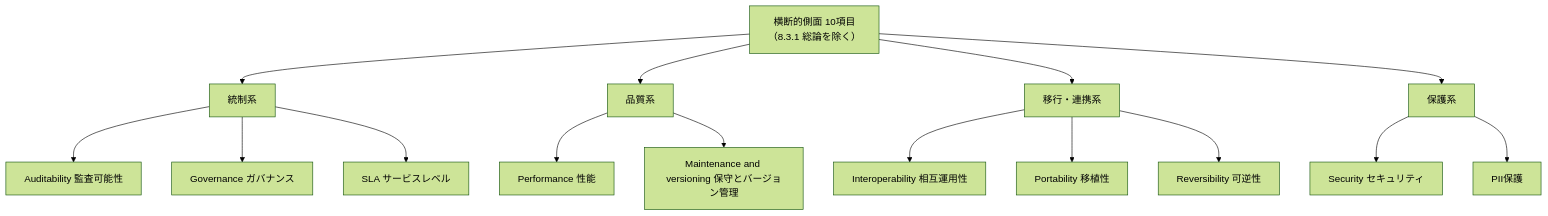
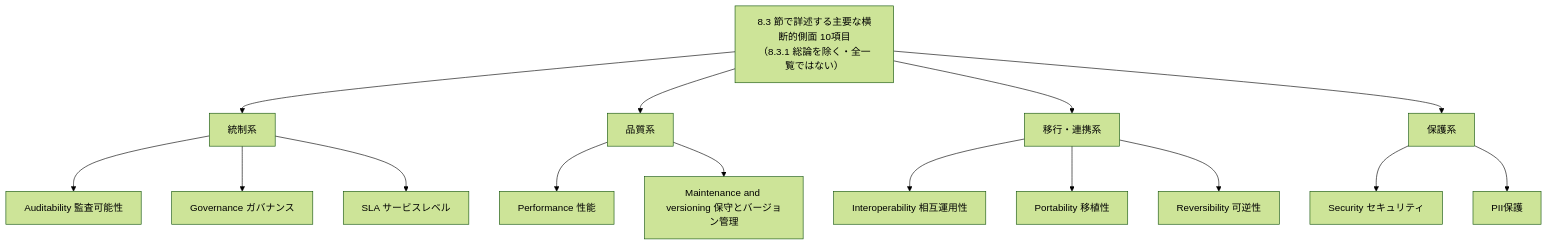
The eighth of 20 diagrams in Iso-iec-22123-3-2023-guide.md (myoshi2891/Cloud-Infrastructure-and-Network-Studies), drawn with Mermaid (forest theme) before and after one commit. The commit also changed other lines of this file and 5 other files, not shown here.

````diff
--- a/Iso-iec-22123-3-2023-guide.md
+++ b/Iso-iec-22123-3-2023-guide.md
@@ -310,22 +312,22 @@
 ```mermaid
 flowchart TB
-    CC["横断的側面 10項目<br/>（8.3.1 総論を除く）"]
+    CC["8.3 節で詳述する主要な横断的側面 10項目<br/>（8.3.1 総論を除く・全一覧ではない）"]
     CC --> G1["統制系"]
     CC --> G2["品質系"]
     CC --> G3["移行・連携系"]
     CC --> G4["保護系"]
 
     G1 --> A1["Auditability 監査可能性"]
     G1 --> A2["Governance ガバナンス"]
     G1 --> A3["SLA サービスレベル"]
 
     G2 --> B1["Performance 性能"]
     G2 --> B2["Maintenance and versioning 保守とバージョン管理"]
 
     G3 --> C1["Interoperability 相互運用性"]
     G3 --> C2["Portability 移植性"]
     G3 --> C3["Reversibility 可逆性"]
 
     G4 --> D1["Security セキュリティ"]
     G4 --> D2["PII保護"]
 ```
````
